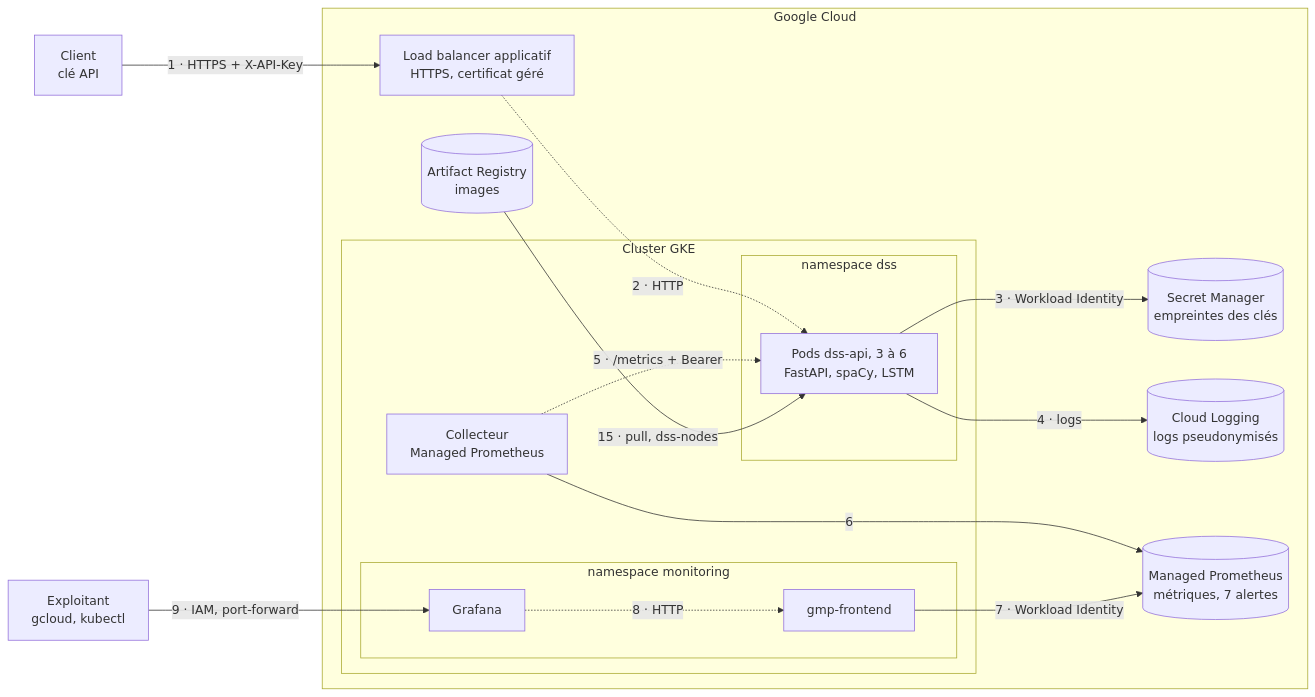
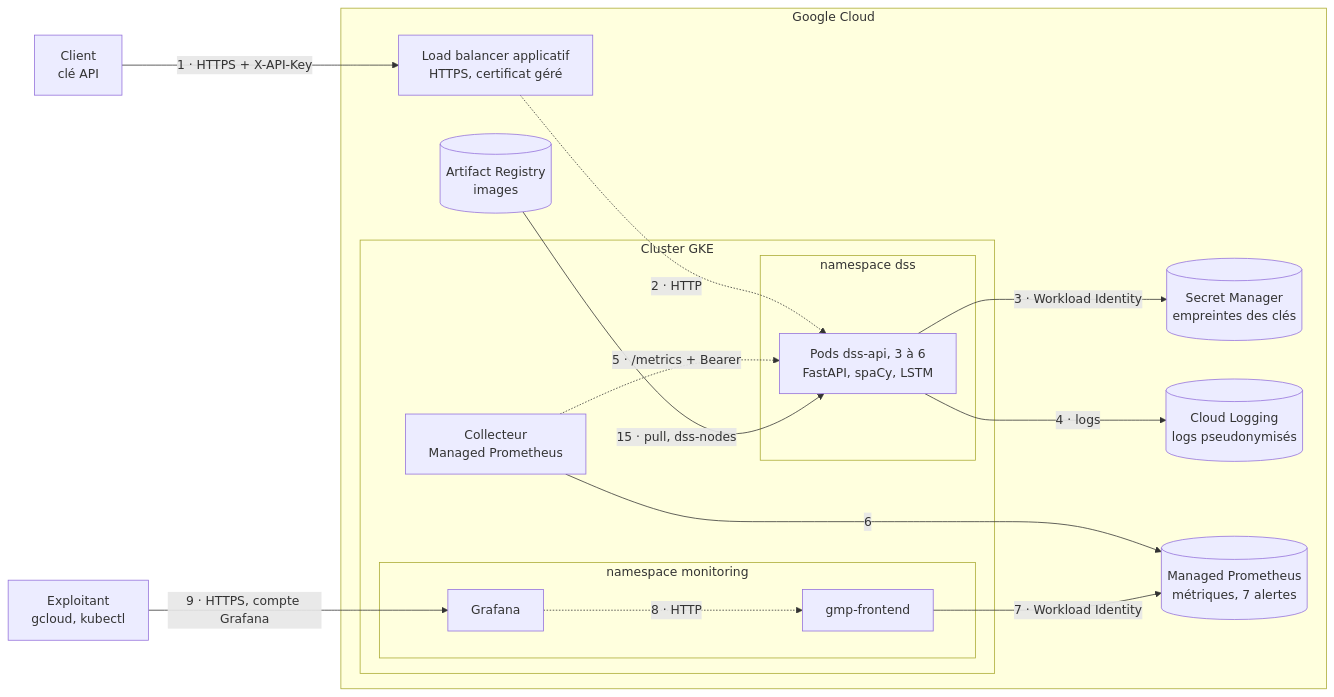
One commit to exauceh/tp1_digital_social_score changed the first of 2 diagrams in README.md. Above: the diagram before and after it, drawn with Mermaid. The commit also changed other lines of this file and 5 other files, not shown here.

First line of the commit message:
Publish Grafana over HTTPS with a read-only account

````diff
--- a/README.md
+++ b/README.md
@@ -764,34 +768,34 @@
 ```mermaid
 flowchart LR
   user["Client<br/>clé API"]
   ops["Exploitant<br/>gcloud, kubectl"]
 
   subgraph gcp["Google Cloud"]
     lb["Load balancer applicatif<br/>HTTPS, certificat géré"]
     subgraph gke["Cluster GKE"]
       subgraph nsdss["namespace dss"]
         api["Pods dss-api, 3 à 6<br/>FastAPI, spaCy, LSTM"]
       end
       coll["Collecteur<br/>Managed Prometheus"]
       subgraph nsmon["namespace monitoring"]
         graf["Grafana"]
         front["gmp-frontend"]
       end
     end
     sm[("Secret Manager<br/>empreintes des clés")]
     logs[("Cloud Logging<br/>logs pseudonymisés")]
     mp[("Managed Prometheus<br/>métriques, 7 alertes")]
     ar[("Artifact Registry<br/>images")]
   end
 
   user -- "1 · HTTPS + X-API-Key" --> lb
   lb -. "2 · HTTP" .-> api
   api -- "3 · Workload Identity" --> sm
   api -- "4 · logs" --> logs
   coll -. "5 · /metrics + Bearer" .-> api
   coll -- "6" --> mp
   front -- "7 · Workload Identity" --> mp
   graf -. "8 · HTTP" .-> front
-  ops -- "9 · IAM, port-forward" --> graf
+  ops -- "9 · HTTPS, compte Grafana" --> graf
   ar -- "15 · pull, dss-nodes" --> api
 ```
````
